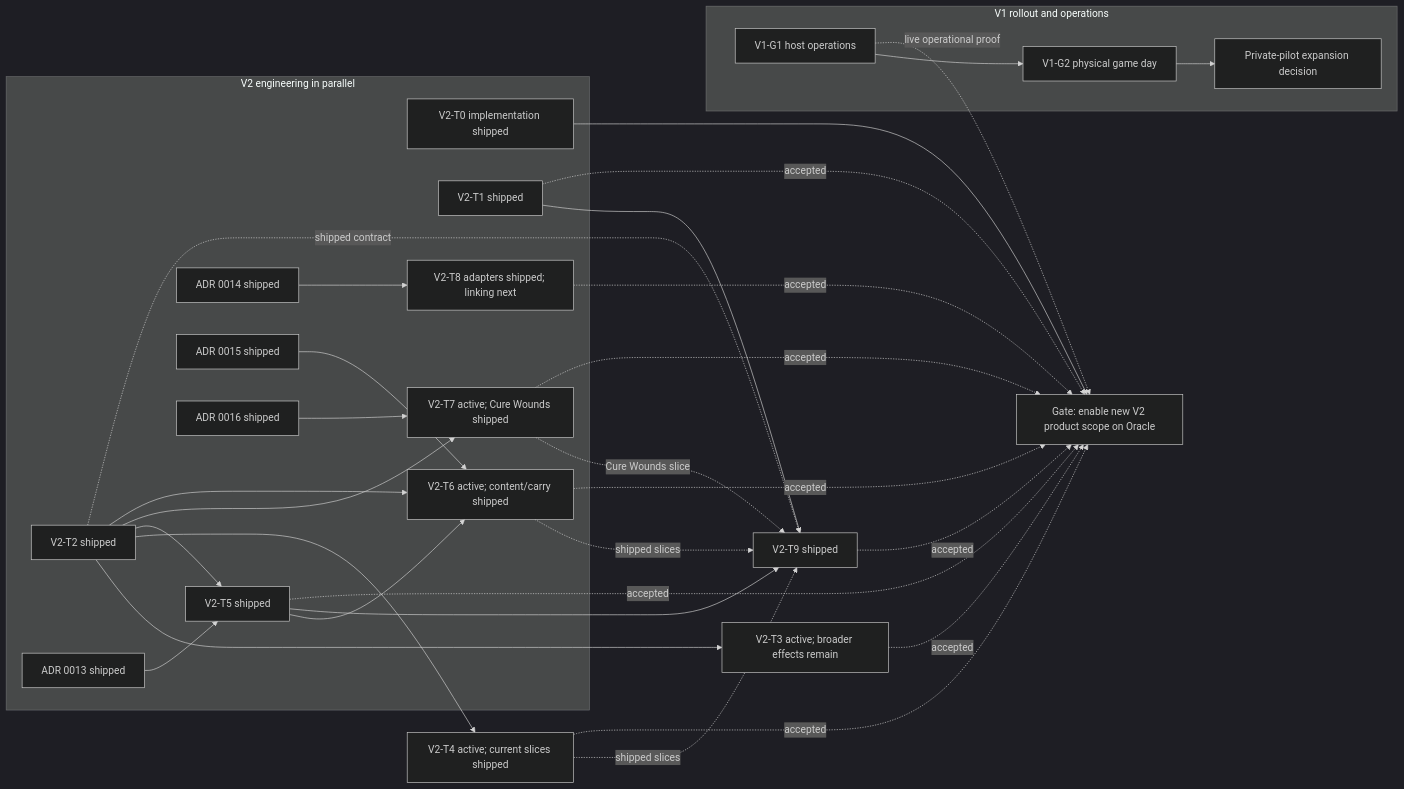
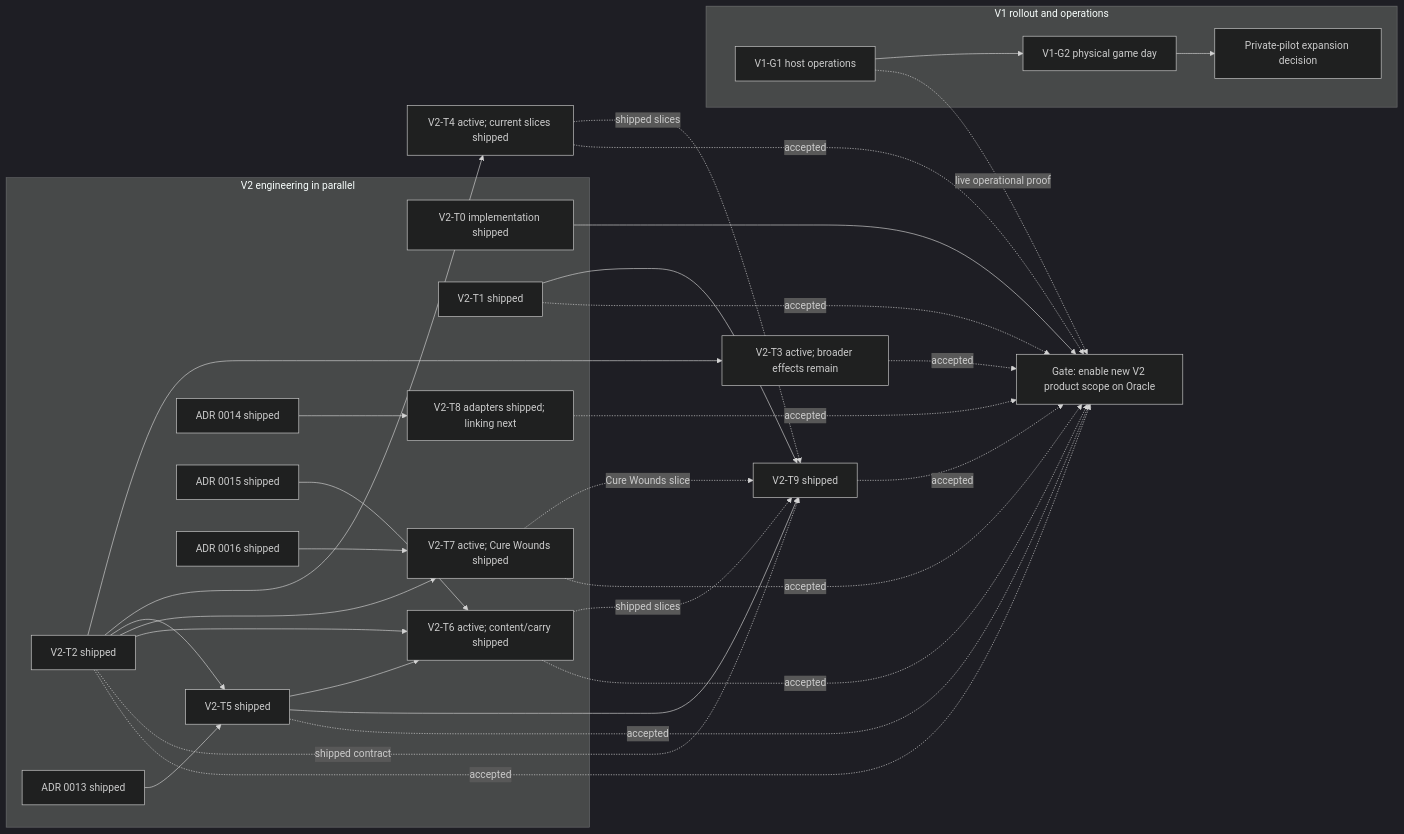
One commit to TrueMichato/ThelemarTools changed the diagram in docs/hub/roadmap.md. Above: the diagram before and after it, drawn with Mermaid (dark theme).

Commit message:
docs(hub): gate projection rollout

````diff
--- a/docs/hub/roadmap.md
+++ b/docs/hub/roadmap.md
@@ -496,38 +496,39 @@
 ```mermaid
 flowchart LR
   subgraph Rollout[V1 rollout and operations]
     G1[V1-G1 host operations] --> G2[V1-G2 physical game day]
     G2 --> GO[Private-pilot expansion decision]
   end
   subgraph Engineering[V2 engineering in parallel]
     T0[V2-T0 implementation shipped]
     T1[V2-T1 shipped]
     T2[V2-T2 shipped]
     P13[ADR 0013 shipped] --> T5[V2-T5 shipped]
     P14[ADR 0014 shipped] --> T8[V2-T8 adapters shipped; linking next]
     P15[ADR 0015 shipped] --> T6[V2-T6 active; content/carry shipped]
     P16[ADR 0016 shipped] --> T7[V2-T7 active; Cure Wounds shipped]
   end
   T2 --> T3[V2-T3 active; broader effects remain]
   T2 --> T4[V2-T4 active; current slices shipped]
   T2 --> T5
   T2 --> T7
   T5 --> T6
   T2 --> T6
   T1 --> T9[V2-T9 shipped]
   T2 -. shipped contract .-> T9
   T4 -. shipped slices .-> T9
   T5 --> T9
   T6 -. shipped slices .-> T9
   T7 -. Cure Wounds slice .-> T9
   T0 --> ENABLE[Gate: enable new V2 product scope on Oracle]
   T1 -. accepted .-> ENABLE
+  T2 -. accepted .-> ENABLE
   T3 -. accepted .-> ENABLE
   T4 -. accepted .-> ENABLE
   T5 -. accepted .-> ENABLE
   T6 -. accepted .-> ENABLE
   T7 -. accepted .-> ENABLE
   T8 -. accepted .-> ENABLE
   T9 -. accepted .-> ENABLE
   G1 -. live operational proof .-> ENABLE
 ```
````
